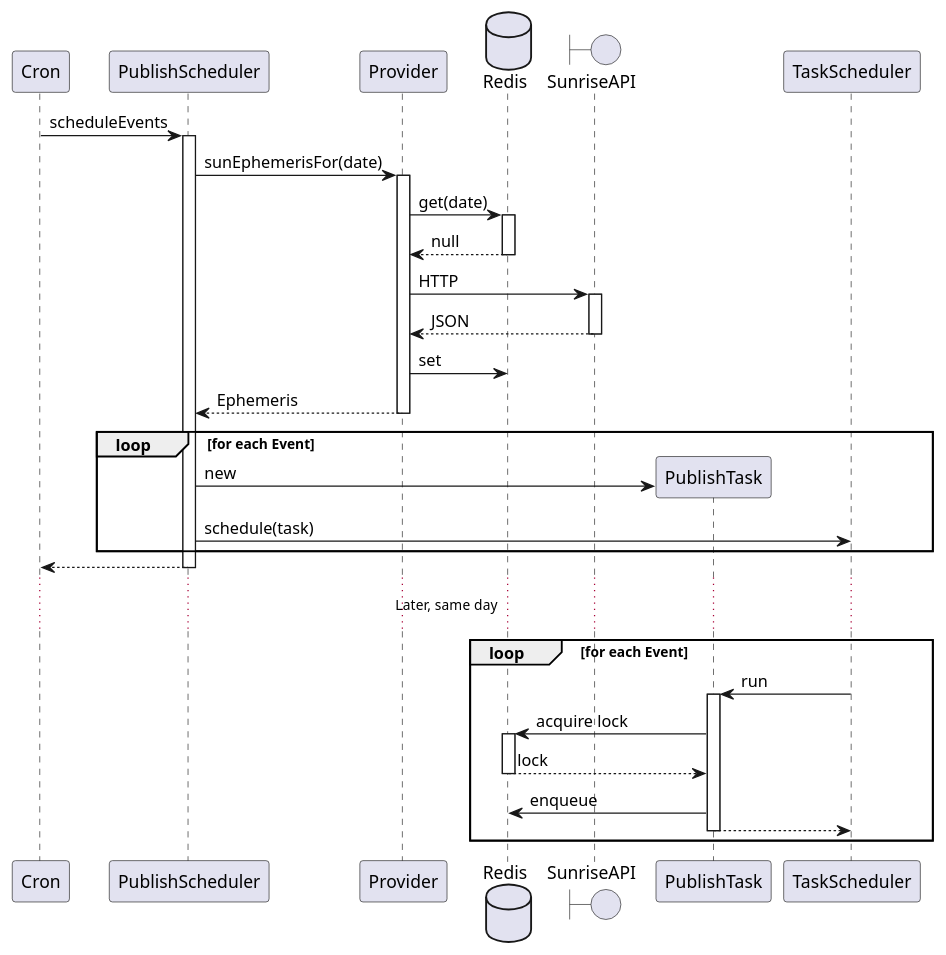
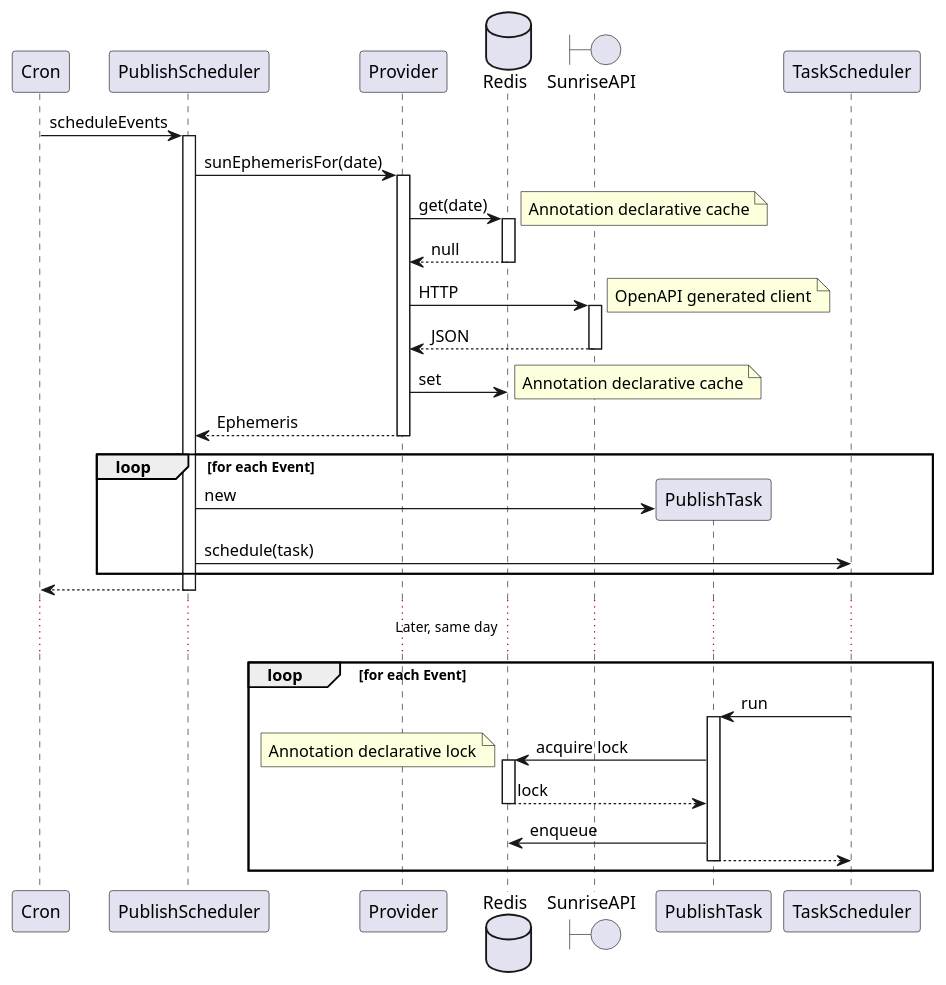
The diagram in etc/seq-success.puml (mwierzchowski/sun-ephemeris), drawn with PlantUML before and after one commit.

```diff
--- a/etc/seq-success.puml
+++ b/etc/seq-success.puml
@@ -1,44 +1,48 @@
 @startuml
 
 Cron -> PublishScheduler : scheduleEvents
 activate PublishScheduler
     PublishScheduler -> Provider : sunEphemerisFor(date)
     activate Provider
         database Redis
         Provider -> Redis : get(date)
+        note right : Annotation declarative cache
         activate Redis
             Provider <-- Redis : null
         deactivate Redis
         boundary SunriseAPI
         Provider -> SunriseAPI : HTTP
+        note right : OpenAPI generated client
         activate SunriseAPI
             Provider <-- SunriseAPI : JSON
         deactivate SunriseAPI
         Provider -> Redis : set
+        note right : Annotation declarative cache
         PublishScheduler <-- Provider : Ephemeris
     deactivate Provider
 
     loop for each Event
         create PublishTask
         PublishScheduler -> PublishTask : new
         PublishScheduler -> TaskScheduler : schedule(task)
     end
 
     Cron <-- PublishScheduler
 deactivate PublishScheduler
 
 ... Later, same day ...
 
 loop for each Event
     TaskScheduler -> PublishTask : run
     activate PublishTask
         PublishTask -> Redis : acquire lock
+        note left : Annotation declarative lock
         activate Redis
             PublishTask <-- Redis : lock
         deactivate Redis
         PublishTask -> Redis : enqueue
         TaskScheduler <-- PublishTask
     deactivate PublishTask
 end
 
 @enduml
```
